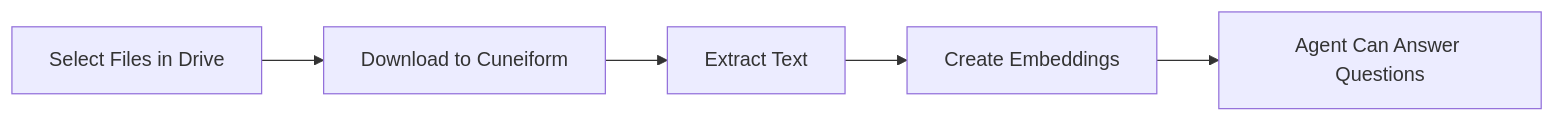
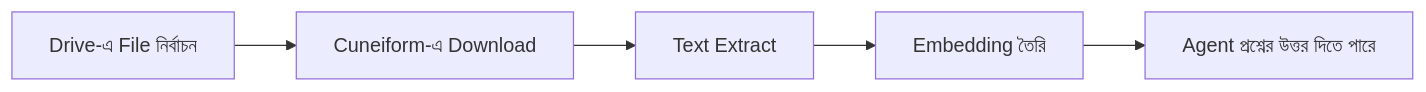
The diagram in content/bn/knowledge-base/google-drive.mdx (cuneiform-chat/docs), drawn with Mermaid before and after one commit. The commit also changed other lines of this file and 12 other files, not shown here.

````diff
--- a/content/bn/knowledge-base/google-drive.mdx
+++ b/content/bn/knowledge-base/google-drive.mdx
@@ -81,7 +78,7 @@
 ```mermaid
 graph LR
-    A[Select Files in Drive] --> B[Download to Cuneiform]
-    B --> C[Extract Text]
-    C --> D[Create Embeddings]
-    D --> E[Agent Can Answer Questions]
+    A[Drive-এ File নির্বাচন] --> B[Cuneiform-এ Download]
+    B --> C[Text Extract]
+    C --> D[Embedding তৈরি]
+    D --> E[Agent প্রশ্নের উত্তর দিতে পারে]
 ```
````
